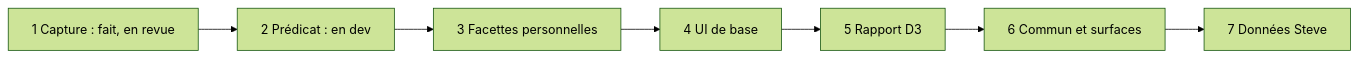
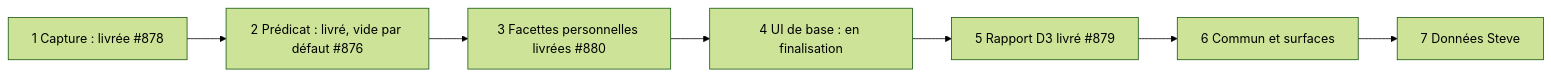
Before and after one commit to rhanka/radar-immobilier: the third of 3 diagrams in docs/spec/reports/paniers/SYNTHESE-PANIERS.md, drawn with Mermaid (forest theme). The commit also changed other lines of this file and 1 other file, not shown here.

````diff
--- a/docs/spec/reports/paniers/SYNTHESE-PANIERS.md
+++ b/docs/spec/reports/paniers/SYNTHESE-PANIERS.md
@@ -45,6 +45,6 @@
 ```mermaid
 flowchart LR
-  L1["1 Capture : fait, en revue"] --> L2["2 Prédicat : en dev"]
-  L2 --> L3["3 Facettes personnelles"] --> L4["4 UI de base"]
-  L4 --> L5["5 Rapport D3"] --> L6["6 Commun et surfaces"] --> L7["7 Données Steve"]
+  L1["1 Capture : livrée #878"] --> L2["2 Prédicat : livré, vide par défaut #876"]
+  L2 --> L3["3 Facettes personnelles livrées #880"] --> L4["4 UI de base : en finalisation"]
+  L4 --> L5["5 Rapport D3 livré #879"] --> L6["6 Commun et surfaces"] --> L7["7 Données Steve"]
 ```
````
